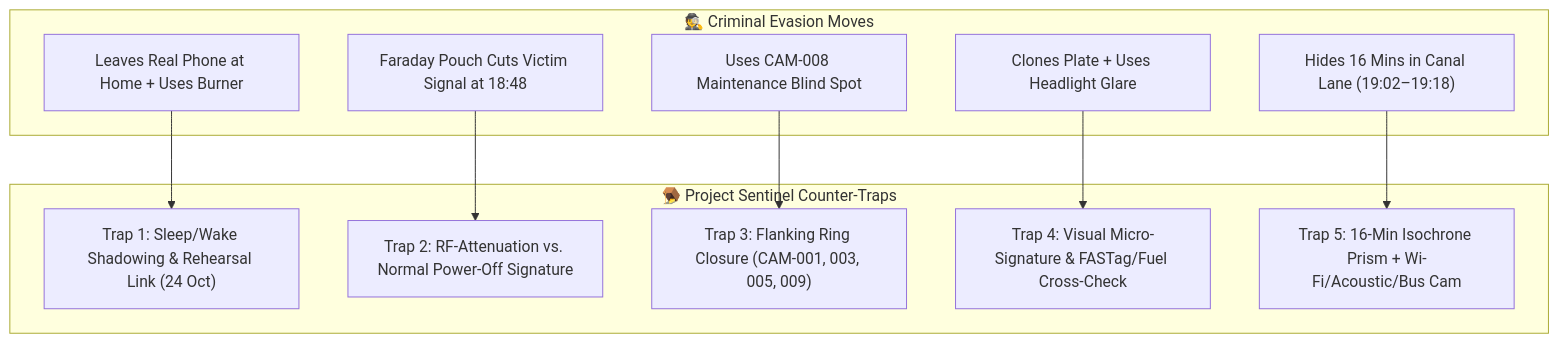
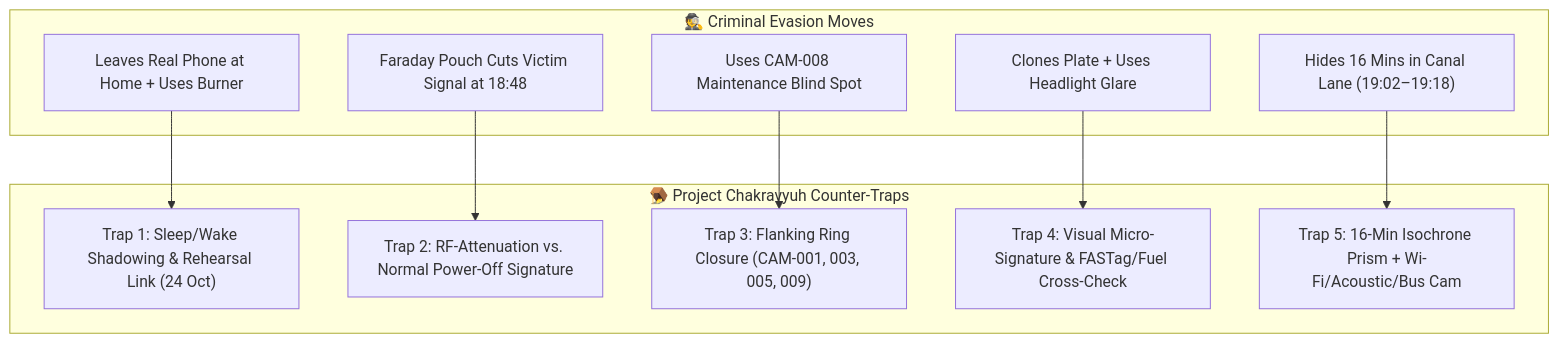
One commit to Saumya-Work/project-chakravyuh changed the second of 3 diagrams in scenarios.md. Above: the diagram before and after it, drawn with Mermaid. The commit also changed other lines of this file and 18 other files, not shown here.

Commit message:
Rebrand platform to Project Chakravyuh (प्रोजेक्ट चक्रव्यूह) across UI, voiceover scripts, reports, and docs

````diff
--- a/scenarios.md
+++ b/scenarios.md
@@ -102,24 +102,24 @@
 ```mermaid
 flowchart TD
     subgraph Criminal_Moves["🕵️ Criminal Evasion Moves"]
         C1["Leaves Real Phone at Home + Uses Burner"]
         C2["Faraday Pouch Cuts Victim Signal at 18:48"]
         C3["Uses CAM-008 Maintenance Blind Spot"]
         C4["Clones Plate + Uses Headlight Glare"]
         C5["Hides 16 Mins in Canal Lane (19:02–19:18)"]
     end
 
-    subgraph Sentinel_Traps["🪤 Project Sentinel Counter-Traps"]
+    subgraph Chakravyuh_Traps["🪤 Project Chakravyuh Counter-Traps"]
         T1["Trap 1: Sleep/Wake Shadowing & Rehearsal Link (24 Oct)"]
         T2["Trap 2: RF-Attenuation vs. Normal Power-Off Signature"]
         T3["Trap 3: Flanking Ring Closure (CAM-001, 003, 005, 009)"]
         T4["Trap 4: Visual Micro-Signature & FASTag/Fuel Cross-Check"]
         T5["Trap 5: 16-Min Isochrone Prism + Wi-Fi/Acoustic/Bus Cam"]
     end
 
     C1 --> T1
     C2 --> T2
     C3 --> T3
     C4 --> T4
     C5 --> T5
 ```
````
